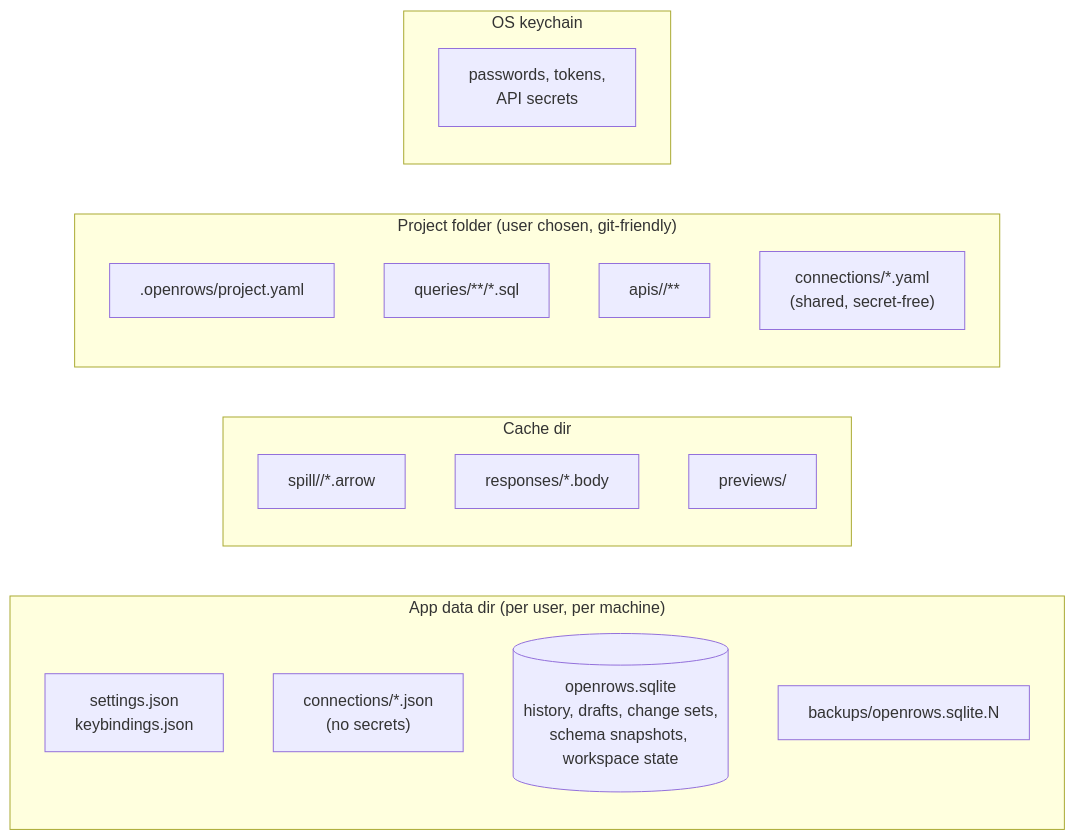
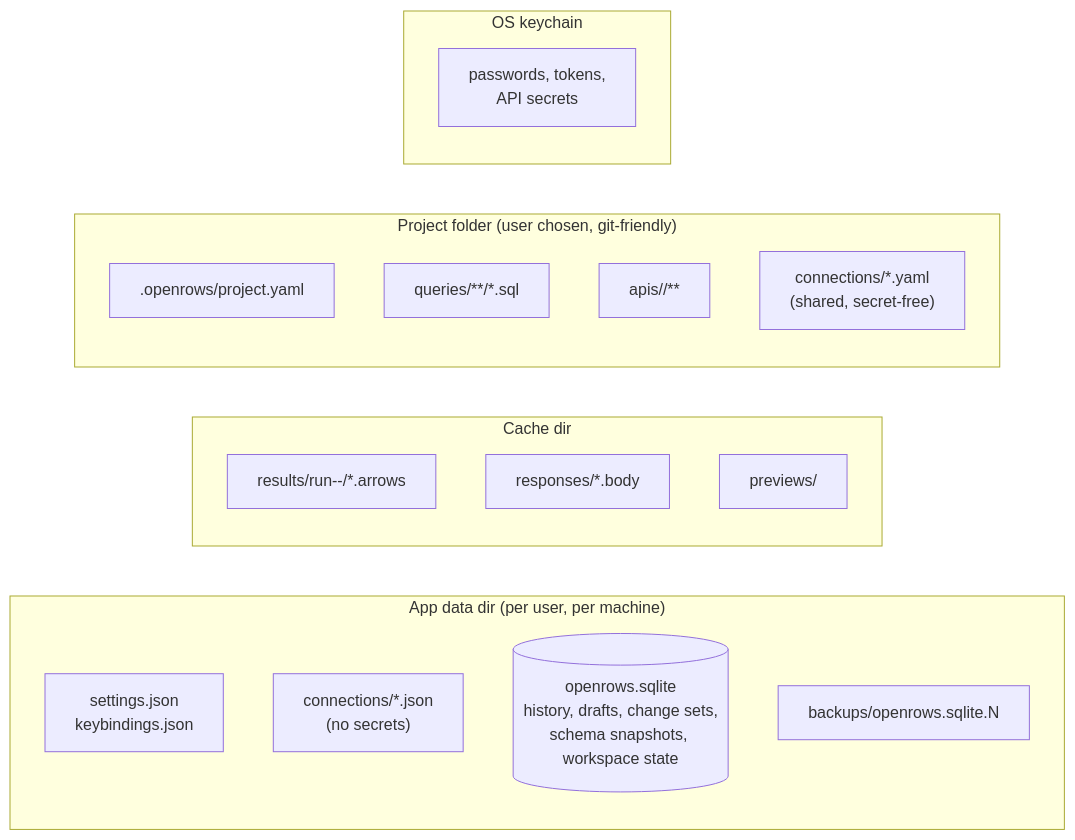
One commit to theetaz/open-rows changed the diagram in docs/15-storage-and-persistence.md. Above: the diagram before and after it, drawn with Mermaid. The commit also changed other lines of this file and 37 other files, not shown here.

Commit message:
feat(results): spill results to LZ4 Arrow IPC beyond memory budget (#65)

````diff
--- a/docs/15-storage-and-persistence.md
+++ b/docs/15-storage-and-persistence.md
@@ -5,23 +5,23 @@
 ```mermaid
 flowchart LR
     subgraph appdata["App data dir (per user, per machine)"]
         settings["settings.json<br/>keybindings.json"]
         profiles["connections/*.json<br/>(no secrets)"]
         db[("openrows.sqlite<br/>history, drafts, change sets,<br/>schema snapshots, workspace state")]
         backups["backups/openrows.sqlite.N"]
     end
     subgraph cache["Cache dir"]
-        spill["spill/<session>/*.arrow"]
+        spill["results/run-<pid>-<nanos>/*.arrows"]
         resp["responses/*.body"]
         thumbs["previews/"]
     end
     subgraph ws["Project folder (user chosen, git-friendly)"]
         wsmeta[".openrows/project.yaml"]
         queries["queries/**/*.sql"]
         apis["apis/<collection>/**"]
         shared["connections/*.yaml<br/>(shared, secret-free)"]
     end
     subgraph kc["OS keychain"]
         secrets["passwords, tokens,<br/>API secrets"]
     end
 ```
````
